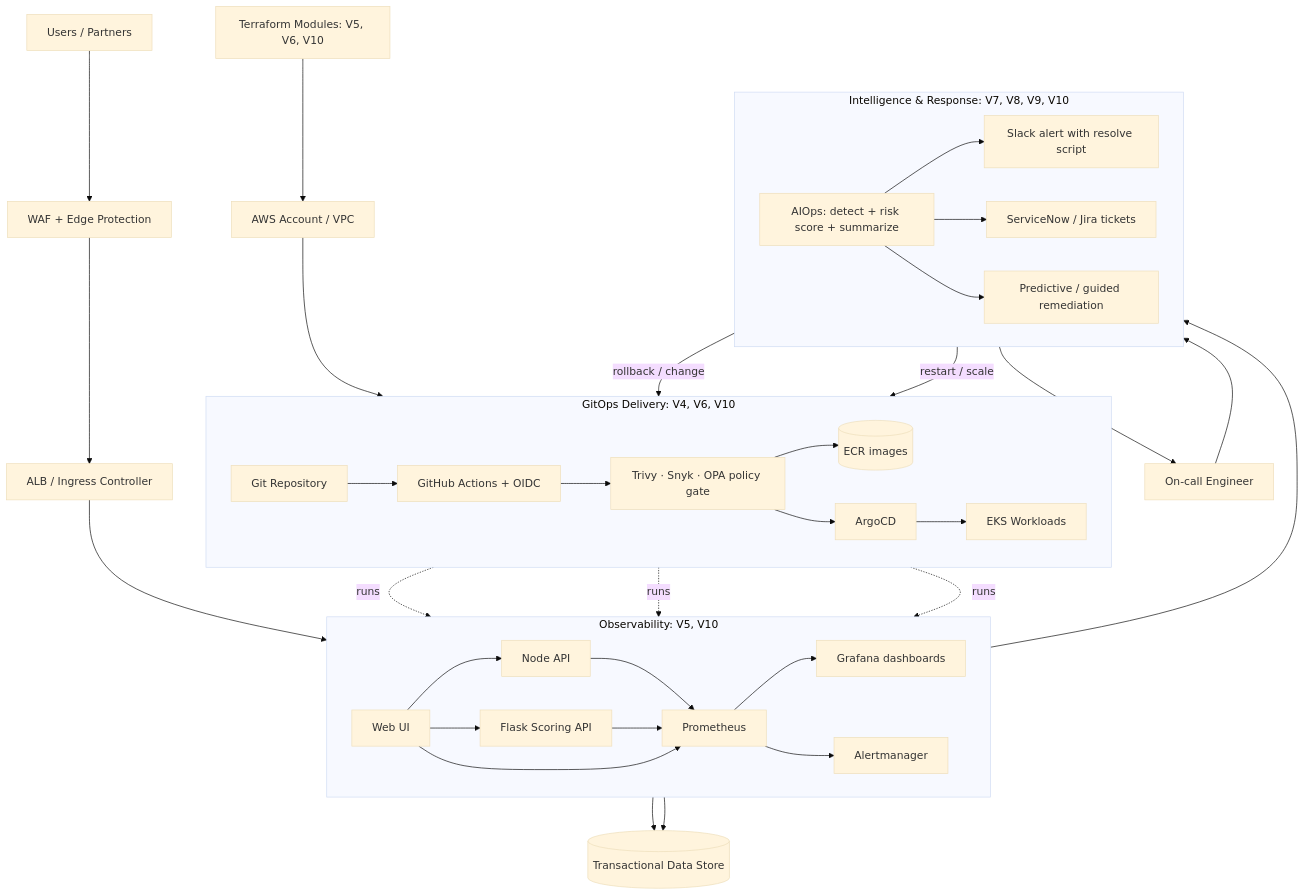
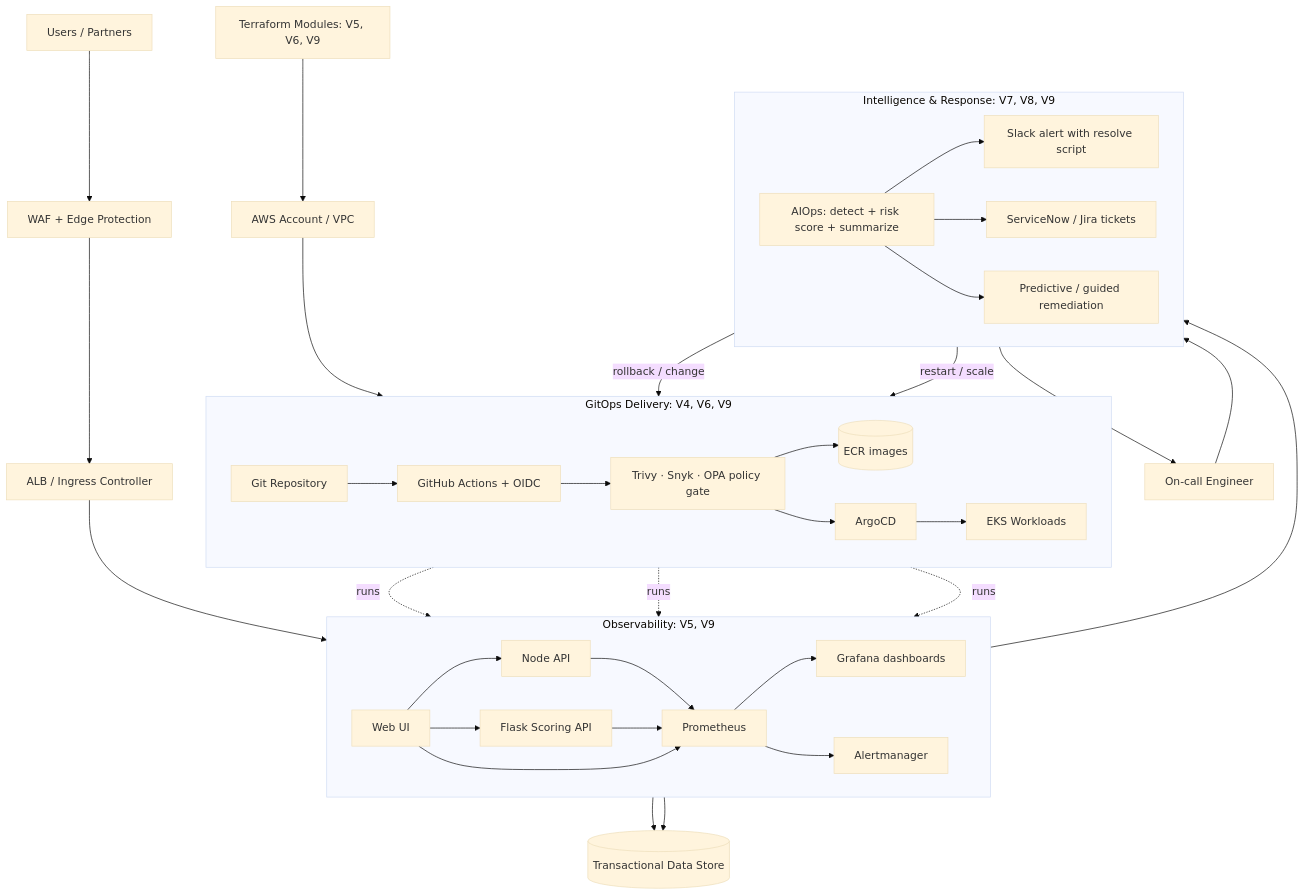
One commit to Here2ServeU/express-reliability-platform-course changed the diagram in README.md. Above: the diagram before and after it, drawn with Mermaid (base theme). The commit also changed other lines of this file and 111 other files, not shown here.

````diff
--- a/README.md
+++ b/README.md
@@ -110,47 +108,47 @@
 ```mermaid
 flowchart TB
     U[Users / Partners] --> WAF[WAF + Edge Protection]
     WAF --> ALB[ALB / Ingress Controller]
     ALB --> UI[Web UI]
     UI --> NODE[Node API]
     UI --> FLASK[Flask Scoring API]
     NODE --> DATA[(Transactional Data Store)]
     FLASK --> DATA
 
-    subgraph DELIVERY["GitOps Delivery: V4, V6, V10"]
+    subgraph DELIVERY["GitOps Delivery: V4, V6, V9"]
       direction LR
       GIT[Git Repository] --> CI[GitHub Actions + OIDC]
       CI --> SCAN[Trivy · Snyk · OPA policy gate]
       SCAN --> ECR[(ECR images)]
       SCAN --> ARGO[ArgoCD]
       ARGO --> K8S[EKS Workloads]
     end
     K8S -.runs.-> NODE
     K8S -.runs.-> FLASK
     K8S -.runs.-> UI
 
-    subgraph OBSERVE["Observability: V5, V10"]
+    subgraph OBSERVE["Observability: V5, V9"]
       direction LR
       NODE --> PROM[Prometheus]
       FLASK --> PROM
       UI --> PROM
       PROM --> GRAF[Grafana dashboards]
       PROM --> AM[Alertmanager]
     end
 
-    subgraph INTEL["Intelligence & Response: V7, V8, V9, V10"]
+    subgraph INTEL["Intelligence & Response: V7, V8, V9"]
       direction LR
       AM --> AIOPS[AIOps: detect + risk score + summarize]
       AIOPS --> SLACK[Slack alert with resolve script]
       AIOPS --> ITSM[ServiceNow / Jira tickets]
       AIOPS --> REMED[Predictive / guided remediation]
     end
 
     SLACK --> ENG[On-call Engineer]
     ENG --> REMED
     REMED -->|rollback / change| GIT
     REMED -->|restart / scale| K8S
 
-    IAC[Terraform Modules: V5, V6, V10] --> CLOUD[AWS Account / VPC]
+    IAC[Terraform Modules: V5, V6, V9] --> CLOUD[AWS Account / VPC]
     CLOUD --> K8S
 ```
````
